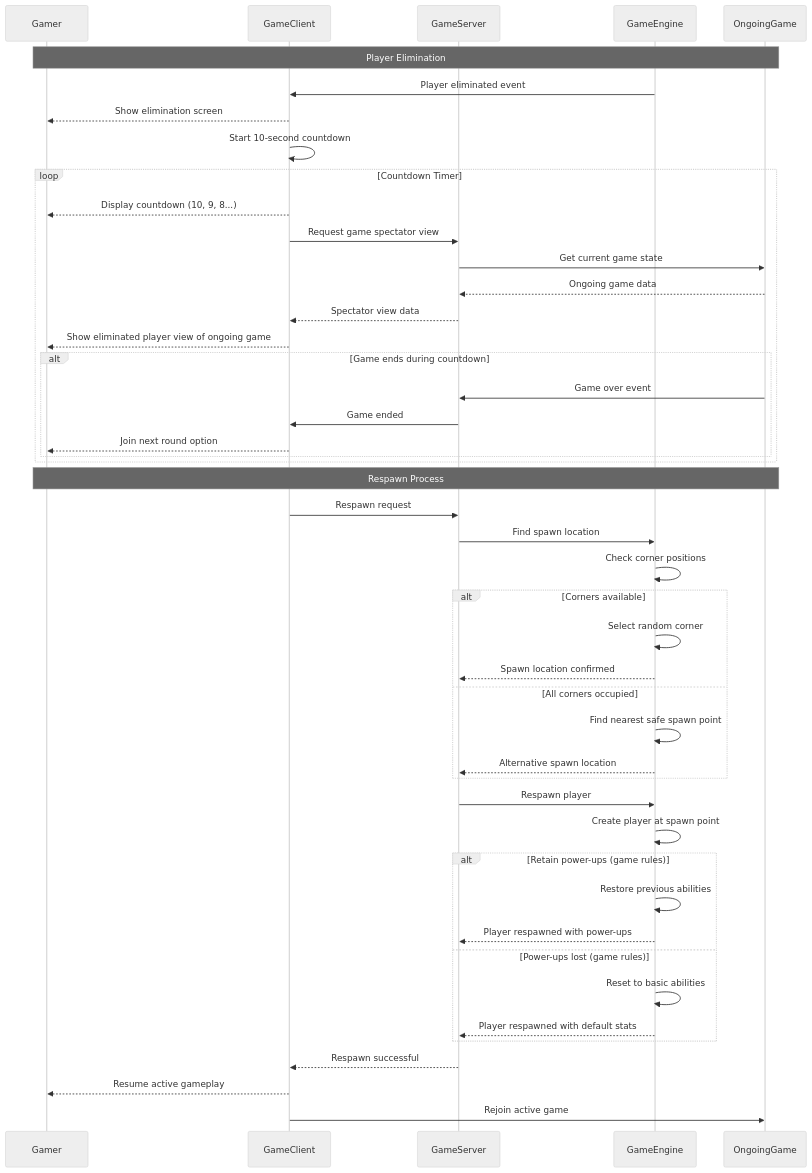
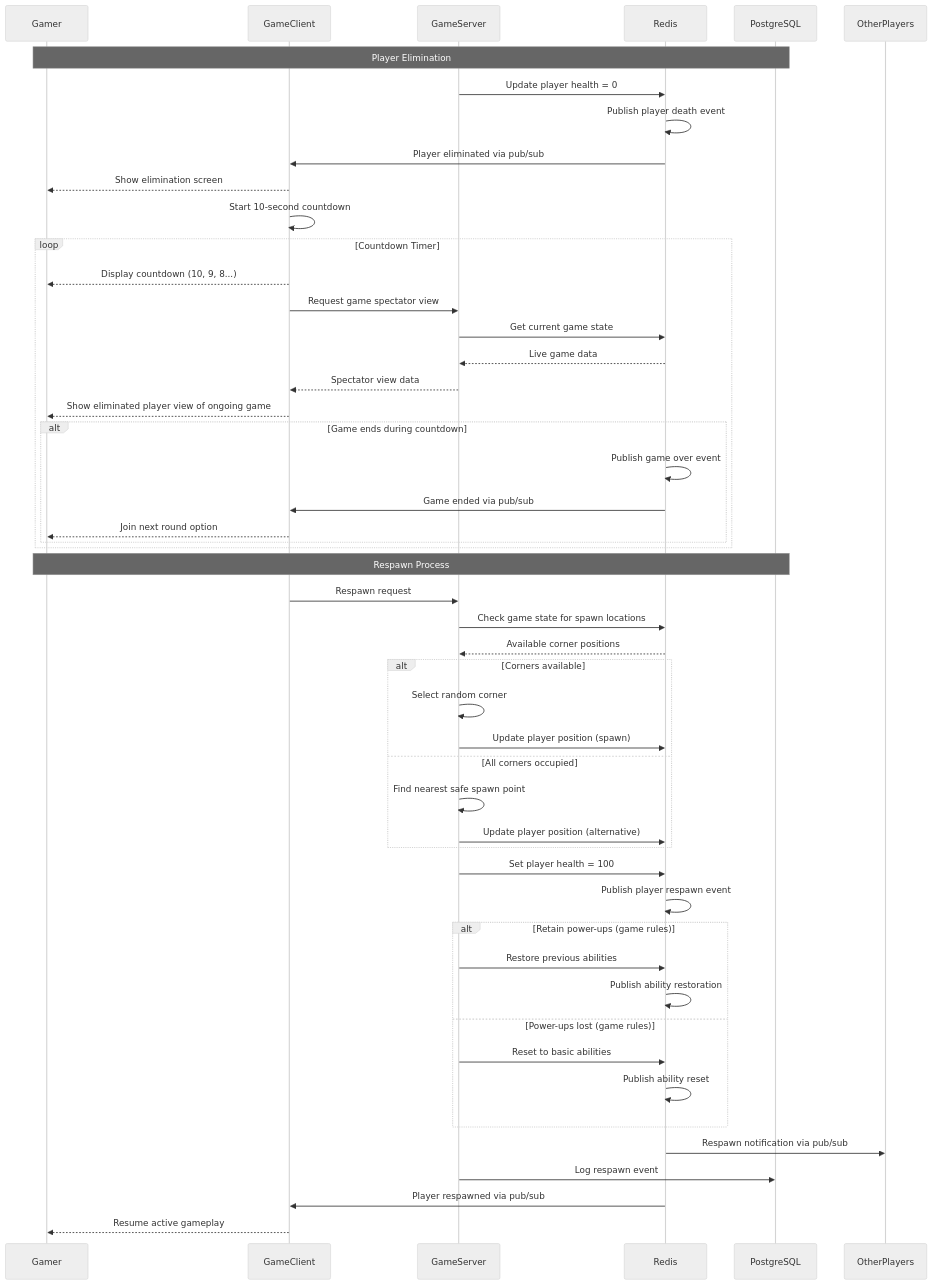
Before and after one commit to alexmakeev/bomberman: the diagram in docs/sequence-diagrams/gamer/uc-g006-respawn-after-elimination.md, drawn with Mermaid (neutral theme). The commit also changed 25 other files, not shown here.

First line of the commit message:
Implement unified event system architecture for maximum code reuse

````diff
--- a/docs/sequence-diagrams/gamer/uc-g006-respawn-after-elimination.md
+++ b/docs/sequence-diagrams/gamer/uc-g006-respawn-after-elimination.md
@@ -3,56 +3,60 @@
 ```mermaid
 sequenceDiagram
     participant Gamer
     participant GameClient
     participant GameServer
-    participant GameEngine
-    participant OngoingGame
+    participant Redis
+    participant PostgreSQL
+    participant OtherPlayers
 
-    Note over Gamer,OngoingGame: Player Elimination
-    GameEngine->>GameClient: Player eliminated event
+    Note over Gamer,PostgreSQL: Player Elimination
+    GameServer->>Redis: Update player health = 0
+    Redis->>Redis: Publish player death event
+    Redis->>GameClient: Player eliminated via pub/sub
     GameClient-->>Gamer: Show elimination screen
     GameClient->>GameClient: Start 10-second countdown
     
     loop Countdown Timer
         GameClient-->>Gamer: Display countdown (10, 9, 8...)
         GameClient->>GameServer: Request game spectator view
-        GameServer->>OngoingGame: Get current game state
-        OngoingGame-->>GameServer: Ongoing game data
+        GameServer->>Redis: Get current game state
+        Redis-->>GameServer: Live game data
         GameServer-->>GameClient: Spectator view data
         GameClient-->>Gamer: Show eliminated player view of ongoing game
         
         alt Game ends during countdown
-            OngoingGame->>GameServer: Game over event
-            GameServer->>GameClient: Game ended
+            Redis->>Redis: Publish game over event
+            Redis->>GameClient: Game ended via pub/sub
             GameClient-->>Gamer: Join next round option
         end
     end
 
-    Note over Gamer,OngoingGame: Respawn Process
+    Note over Gamer,PostgreSQL: Respawn Process
     GameClient->>GameServer: Respawn request
-    GameServer->>GameEngine: Find spawn location
+    GameServer->>Redis: Check game state for spawn locations
     
-    GameEngine->>GameEngine: Check corner positions
+    Redis-->>GameServer: Available corner positions
     alt Corners available
-        GameEngine->>GameEngine: Select random corner
-        GameEngine-->>GameServer: Spawn location confirmed
+        GameServer->>GameServer: Select random corner
+        GameServer->>Redis: Update player position (spawn)
     else All corners occupied
-        GameEngine->>GameEngine: Find nearest safe spawn point
-        GameEngine-->>GameServer: Alternative spawn location
+        GameServer->>GameServer: Find nearest safe spawn point
+        GameServer->>Redis: Update player position (alternative)
     end
     
-    GameServer->>GameEngine: Respawn player
-    GameEngine->>GameEngine: Create player at spawn point
+    GameServer->>Redis: Set player health = 100
+    Redis->>Redis: Publish player respawn event
     
     alt Retain power-ups (game rules)
-        GameEngine->>GameEngine: Restore previous abilities
-        GameEngine-->>GameServer: Player respawned with power-ups
+        GameServer->>Redis: Restore previous abilities
+        Redis->>Redis: Publish ability restoration
     else Power-ups lost (game rules)
-        GameEngine->>GameEngine: Reset to basic abilities
-        GameEngine-->>GameServer: Player respawned with default stats
+        GameServer->>Redis: Reset to basic abilities
+        Redis->>Redis: Publish ability reset
     end
     
-    GameServer-->>GameClient: Respawn successful
+    Redis->>OtherPlayers: Respawn notification via pub/sub
+    GameServer->>PostgreSQL: Log respawn event
+    Redis->>GameClient: Player respawned via pub/sub
     GameClient-->>Gamer: Resume active gameplay
-    GameClient->>OngoingGame: Rejoin active game
 ```
````
